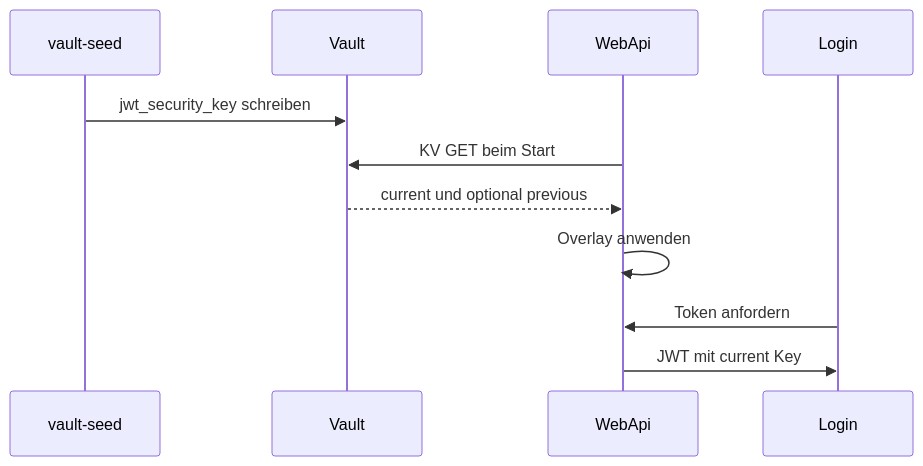
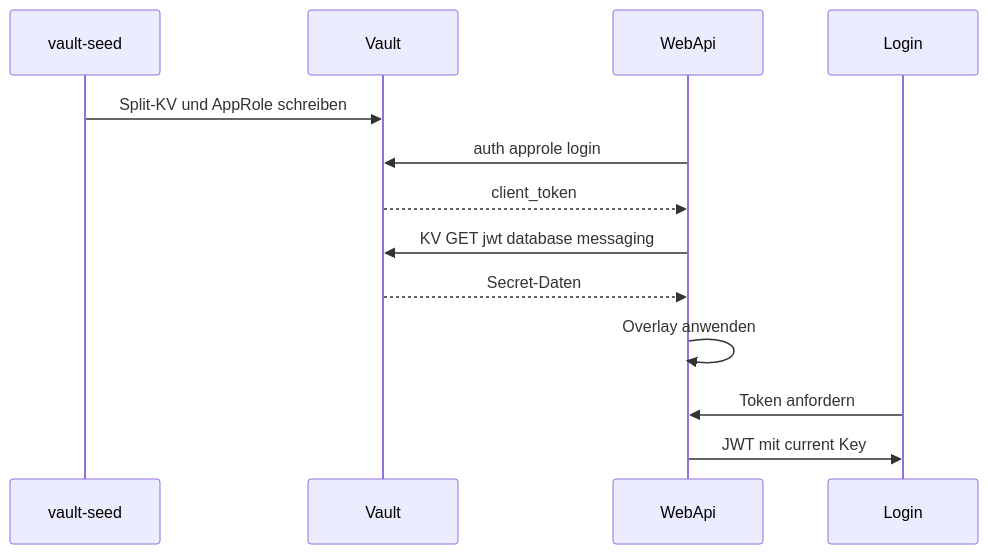
The second of 2 diagrams in docs/learning/de/19-vault-lab.md (fdeniz07/BankApp), drawn with Mermaid before and after one commit. The commit also changed other lines of this file and 6 other files, not shown here.

First line of the commit message:
doc: Document Vault AppRole and split KV paths

````diff
--- a/docs/learning/de/19-vault-lab.md
+++ b/docs/learning/de/19-vault-lab.md
@@ -42,13 +51,15 @@
 ```mermaid
 sequenceDiagram
   participant Seed as vault-seed
   participant V as Vault
   participant API as WebApi
   participant User as Login
-  Seed->>V: jwt_security_key schreiben
-  API->>V: KV GET beim Start
-  V-->>API: current und optional previous
+  Seed->>V: Split-KV und AppRole schreiben
+  API->>V: auth approle login
+  V-->>API: client_token
+  API->>V: KV GET jwt database messaging
+  V-->>API: Secret-Daten
   API->>API: Overlay anwenden
   User->>API: Token anfordern
   API->>User: JWT mit current Key
 ```
````
